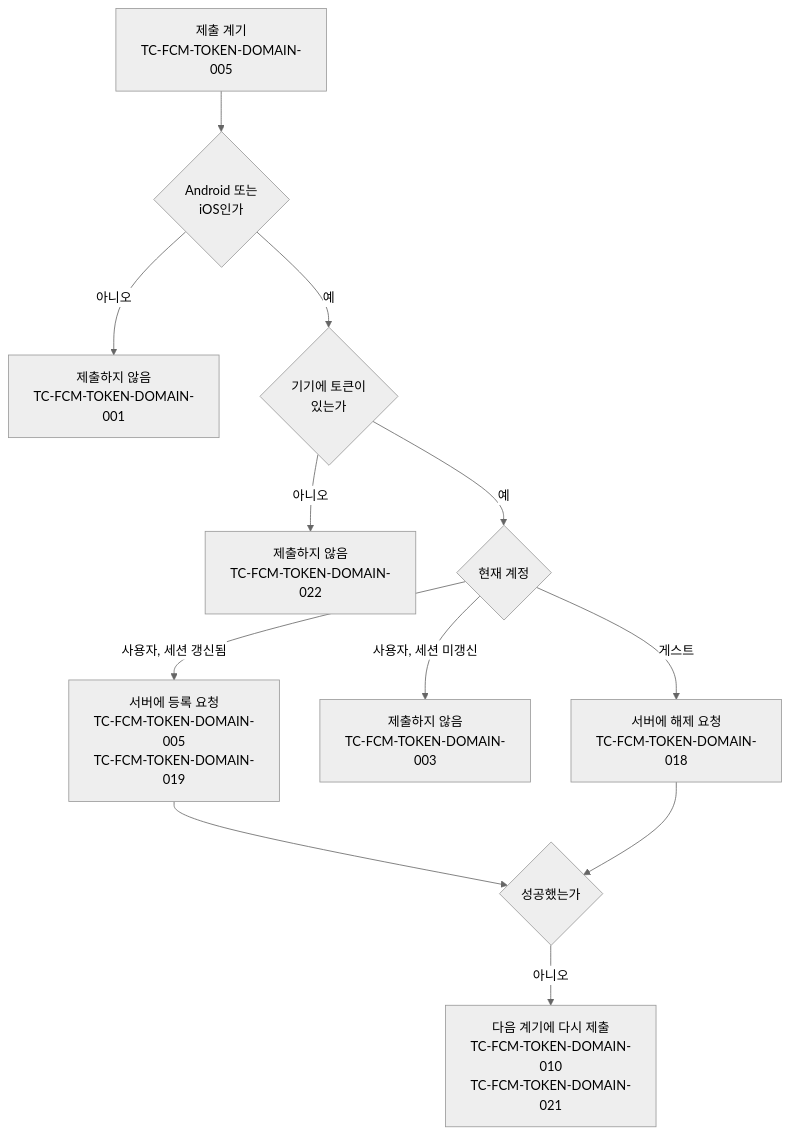
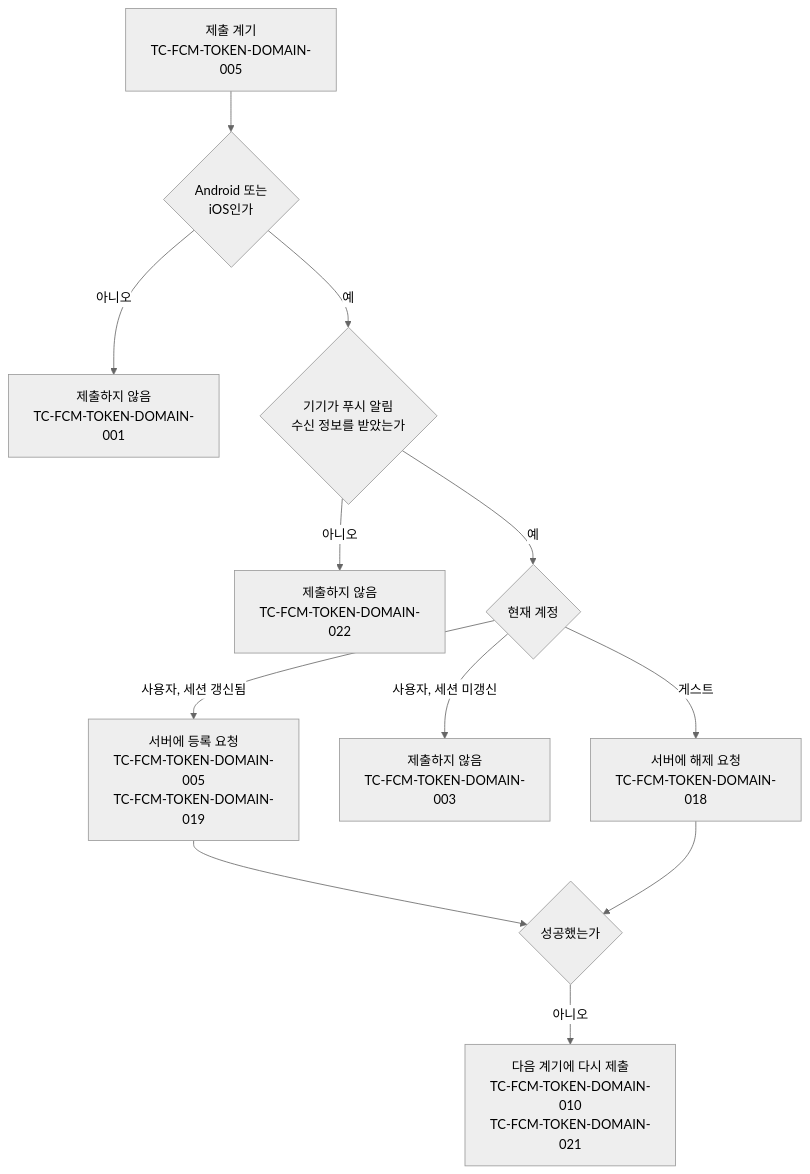
Before and after one commit to taetae98coding/DiaryKMP: the diagram in docs/testcase/fcm-token.md, drawn with Mermaid (neutral theme). The commit also changed other lines of this file and 492 other files, not shown here.

````diff
--- a/docs/testcase/fcm-token.md
+++ b/docs/testcase/fcm-token.md
@@ -7,14 +9,14 @@
 ```mermaid
 flowchart TD
     Trigger["제출 계기<br/>TC-FCM-TOKEN-DOMAIN-005"] --> Platform{"Android 또는<br/>iOS인가"}
     Platform -- 아니오 --> Skip["제출하지 않음<br/>TC-FCM-TOKEN-DOMAIN-001"]
-    Platform -- 예 --> Token{"기기에 토큰이<br/>있는가"}
+    Platform -- 예 --> Token{"기기가 푸시 알림<br/>수신 정보를 받았는가"}
     Token -- 아니오 --> NoToken["제출하지 않음<br/>TC-FCM-TOKEN-DOMAIN-022"]
     Token -- 예 --> Account{"현재 계정"}
     Account -- "게스트" --> Delete["서버에 해제 요청<br/>TC-FCM-TOKEN-DOMAIN-018"]
     Account -- "사용자, 세션 미갱신" --> Wait["제출하지 않음<br/>TC-FCM-TOKEN-DOMAIN-003"]
     Account -- "사용자, 세션 갱신됨" --> Register["서버에 등록 요청<br/>TC-FCM-TOKEN-DOMAIN-005<br/>TC-FCM-TOKEN-DOMAIN-019"]
-    Register --> Result{"성공했는가"}
-    Delete --> Result
-    Result -- 아니오 --> Retry["다음 계기에 다시 제출<br/>TC-FCM-TOKEN-DOMAIN-010<br/>TC-FCM-TOKEN-DOMAIN-021"]
+    Register --> Res{"성공했는가"}
+    Delete --> Res
+    Res -- 아니오 --> Retry["다음 계기에 다시 제출<br/>TC-FCM-TOKEN-DOMAIN-010<br/>TC-FCM-TOKEN-DOMAIN-021"]
 ```
````
